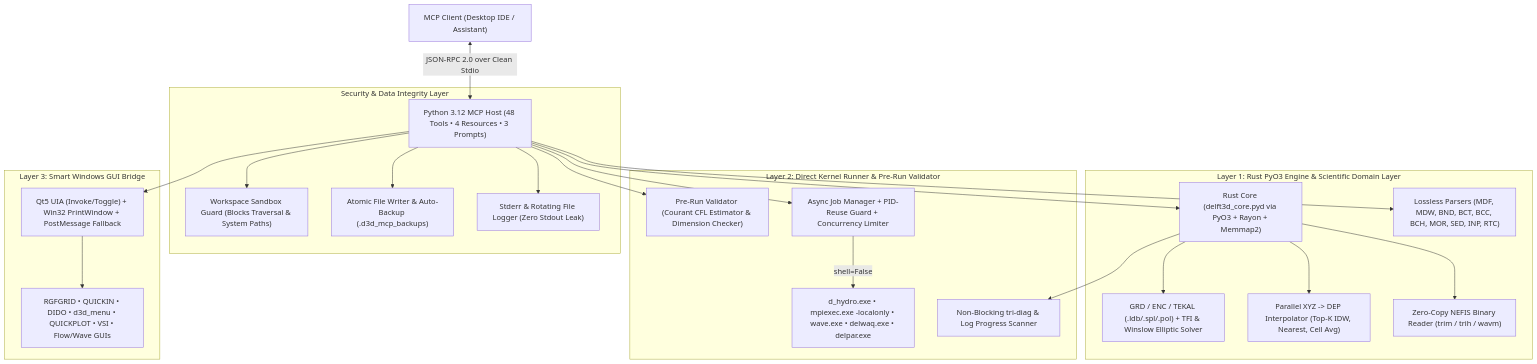
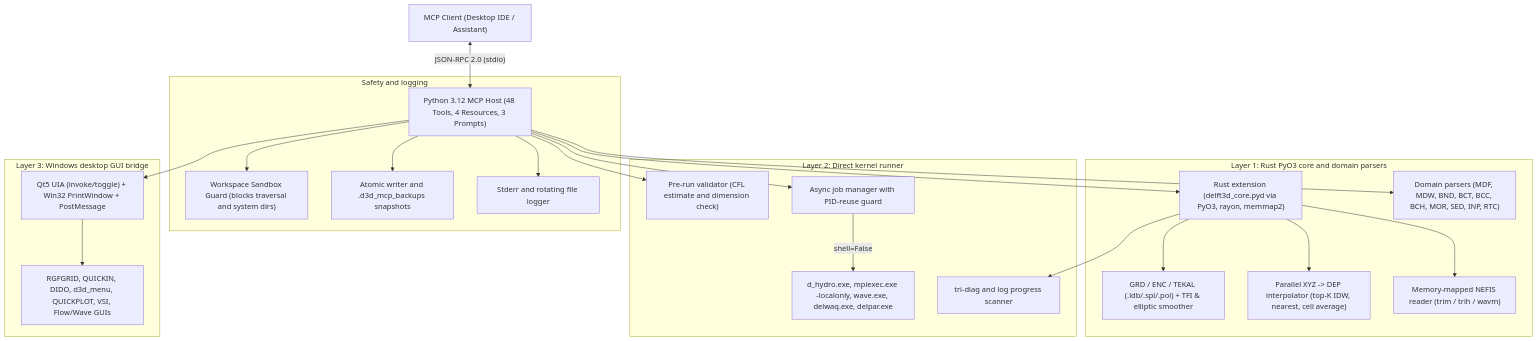
Before and after one commit to dikydwi442-byte/delft3d-mcp: the second of 2 diagrams in README.md, drawn with Mermaid. The commit also changed other lines of this file and 4 other files, not shown here.

````diff
--- a/README.md
+++ b/README.md
@@ -44,30 +40,30 @@
 ```mermaid
 flowchart TD
-    Client["MCP Client (Desktop IDE / Assistant)"] <-->|"JSON-RPC 2.0 over Clean Stdio"| Server["Python 3.12 MCP Host (48 Tools • 4 Resources • 3 Prompts)"]
+    Client["MCP Client (Desktop IDE / Assistant)"] <-->|"JSON-RPC 2.0 (stdio)"| Server["Python 3.12 MCP Host (48 Tools, 4 Resources, 3 Prompts)"]
 
-    subgraph Security["Security & Data Integrity Layer"]
-        Server --> Guard["Workspace Sandbox Guard (Blocks Traversal & System Paths)"]
-        Server --> Backup["Atomic File Writer & Auto-Backup (.d3d_mcp_backups)"]
-        Server --> Log["Stderr & Rotating File Logger (Zero Stdout Leak)"]
+    subgraph Security["Safety and logging"]
+        Server --> Guard["Workspace Sandbox Guard (blocks traversal and system dirs)"]
+        Server --> Backup["Atomic writer and .d3d_mcp_backups snapshots"]
+        Server --> Log["Stderr and rotating file logger"]
     end
 
-    subgraph Layer1["Layer 1: Rust PyO3 Engine & Scientific Domain Layer"]
-        Server --> Rust["Rust Core (delft3d_core.pyd via PyO3 + Rayon + Memmap2)"]
-        Rust --> Mesh["GRD / ENC / TEKAL (.ldb/.spl/.pol) + TFI & Winslow Elliptic Solver"]
-        Rust --> Bathy["Parallel XYZ -> DEP Interpolator (Top-K IDW, Nearest, Cell Avg)"]
-        Rust --> Nefis["Zero-Copy NEFIS Binary Reader (trim / trih / wavm)"]
-        Server --> Domain["Lossless Parsers (MDF, MDW, BND, BCT, BCC, BCH, MOR, SED, INP, RTC)"]
+    subgraph Layer1["Layer 1: Rust PyO3 core and domain parsers"]
+        Server --> Rust["Rust extension (delft3d_core.pyd via PyO3, rayon, memmap2)"]
+        Rust --> Mesh["GRD / ENC / TEKAL (.ldb/.spl/.pol) + TFI & elliptic smoother"]
+        Rust --> Bathy["Parallel XYZ -> DEP interpolator (top-K IDW, nearest, cell average)"]
+        Rust --> Nefis["Memory-mapped NEFIS reader (trim / trih / wavm)"]
+        Server --> Domain["Domain parsers (MDF, MDW, BND, BCT, BCC, BCH, MOR, SED, INP, RTC)"]
     end
 
-    subgraph Layer2["Layer 2: Direct Kernel Runner & Pre-Run Validator"]
-        Server --> Val["Pre-Run Validator (Courant CFL Estimator & Dimension Checker)"]
-        Server --> JobMgr["Async Job Manager + PID-Reuse Guard + Concurrency Limiter"]
-        JobMgr -->|"shell=False"| Exes["d_hydro.exe • mpiexec.exe -localonly • wave.exe • delwaq.exe • delpar.exe"]
-        Rust --> Tail["Non-Blocking tri-diag & Log Progress Scanner"]
+    subgraph Layer2["Layer 2: Direct kernel runner"]
+        Server --> Val["Pre-run validator (CFL estimate and dimension check)"]
+        Server --> JobMgr["Async job manager with PID-reuse guard"]
+        JobMgr -->|"shell=False"| Exes["d_hydro.exe, mpiexec.exe -localonly, wave.exe, delwaq.exe, delpar.exe"]
+        Rust --> Tail["tri-diag and log progress scanner"]
     end
 
-    subgraph Layer3["Layer 3: Smart Windows GUI Bridge"]
-        Server --> UIA["Qt5 UIA (Invoke/Toggle) + Win32 PrintWindow + PostMessage Fallback"]
-        UIA --> Apps["RGFGRID • QUICKIN • DIDO • d3d_menu • QUICKPLOT • VSI • Flow/Wave GUIs"]
+    subgraph Layer3["Layer 3: Windows desktop GUI bridge"]
+        Server --> UIA["Qt5 UIA (invoke/toggle) + Win32 PrintWindow + PostMessage"]
+        UIA --> Apps["RGFGRID, QUICKIN, DIDO, d3d_menu, QUICKPLOT, VSI, Flow/Wave GUIs"]
     end
 ```
````
